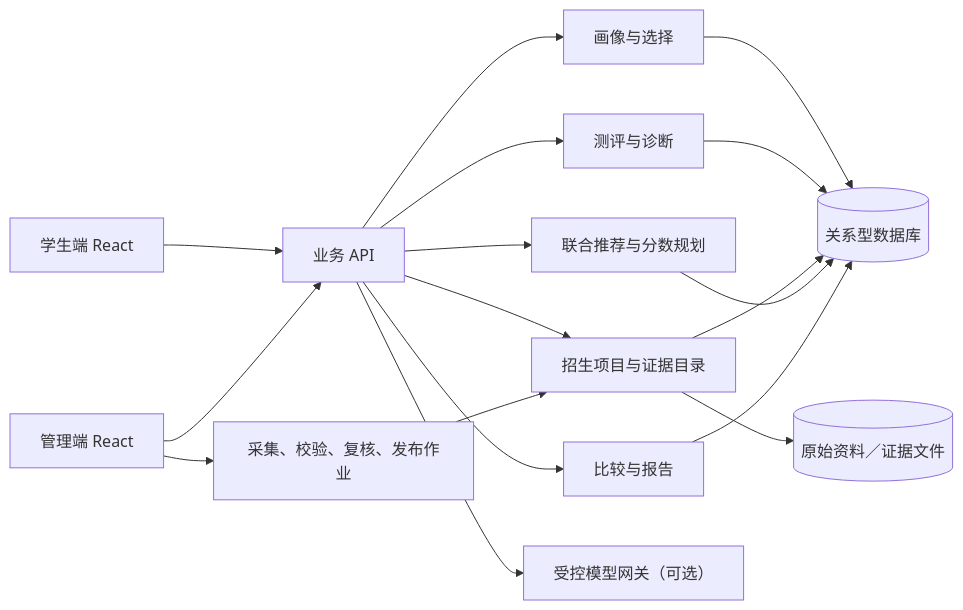
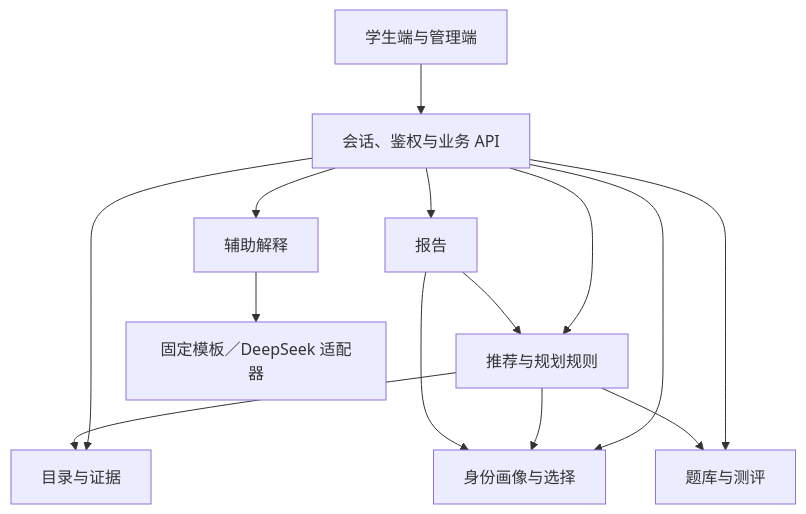
Before and after one commit to StarryPoetic/yantu-web: the diagram in docs/技术设计/01-总体架构与演进.md, drawn with Mermaid. The commit also changed other lines of this file and 10 other files, not shown here.

````diff
--- a/docs/技术设计/01-总体架构与演进.md
+++ b/docs/技术设计/01-总体架构与演进.md
@@ -28,19 +39,16 @@
 ```mermaid
-flowchart LR
-    Student[学生端 React] --> API[业务 API]
-    Admin[管理端 React] --> API
-    API --> Profile[画像与选择]
-    API --> Assess[测评与诊断]
-    API --> Catalog[招生项目与证据目录]
-    API --> Recommend[联合推荐与分数规划]
-    API --> Report[比较与报告]
-    API --> LLM[受控模型网关（可选）]
-    Profile --> DB[(关系型数据库)]
-    Assess --> DB
-    Catalog --> DB
-    Recommend --> DB
-    Report --> DB
-    Catalog --> Files[(原始资料／证据文件)]
-    Admin --> Jobs[采集、校验、复核、发布作业]
-    Jobs --> Catalog
+flowchart TD
+    UI[学生端与管理端] --> API[会话、鉴权与业务 API]
+    API --> P[身份画像与选择]
+    API --> C[目录与证据]
+    API --> A[题库与测评]
+    API --> R[推荐与规划规则]
+    R --> P
+    R --> C
+    R --> A
+    API --> B[报告]
+    B --> R
+    B --> P
+    API --> E[辅助解释]
+    E --> F[固定模板／DeepSeek 适配器]
 ```
````
